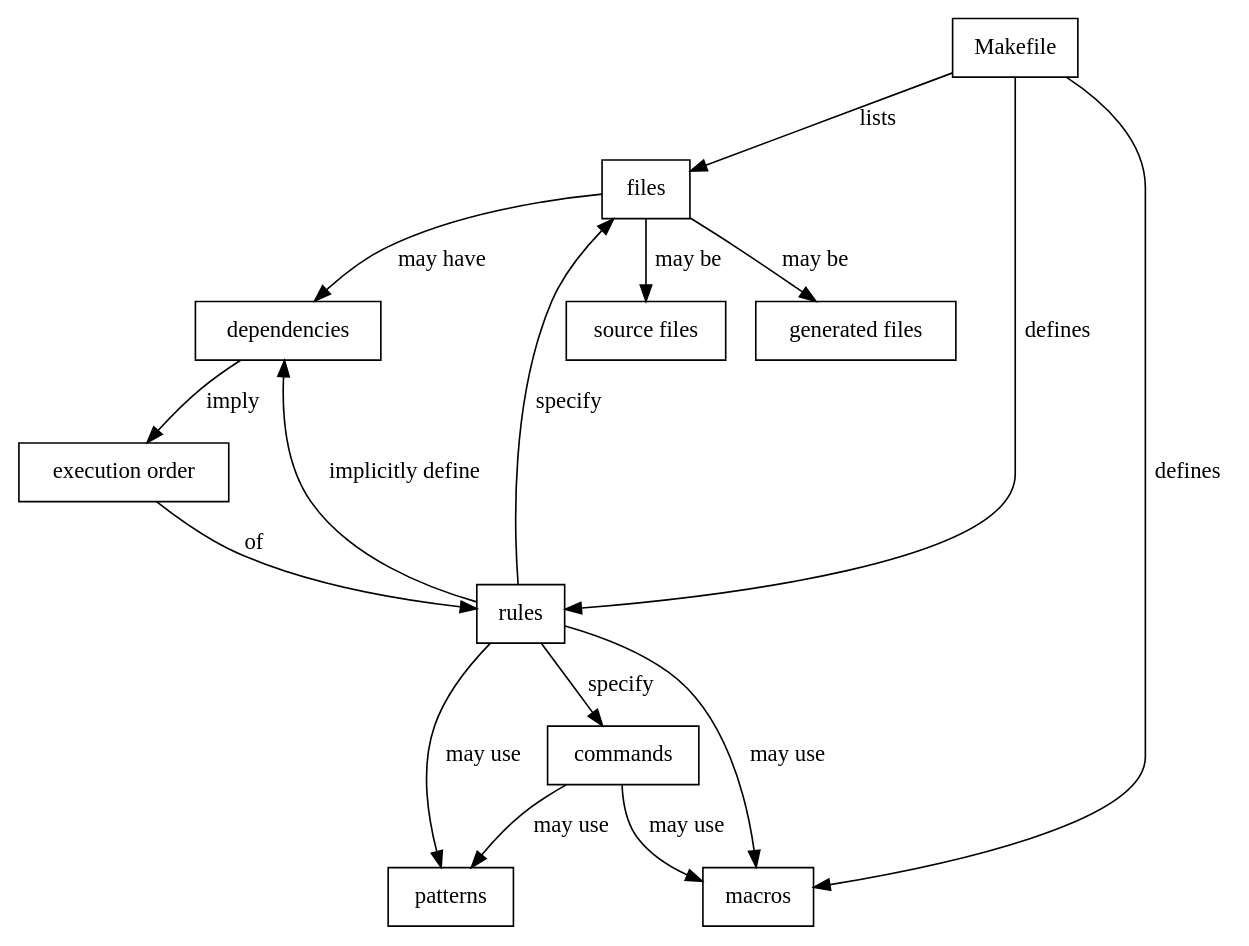
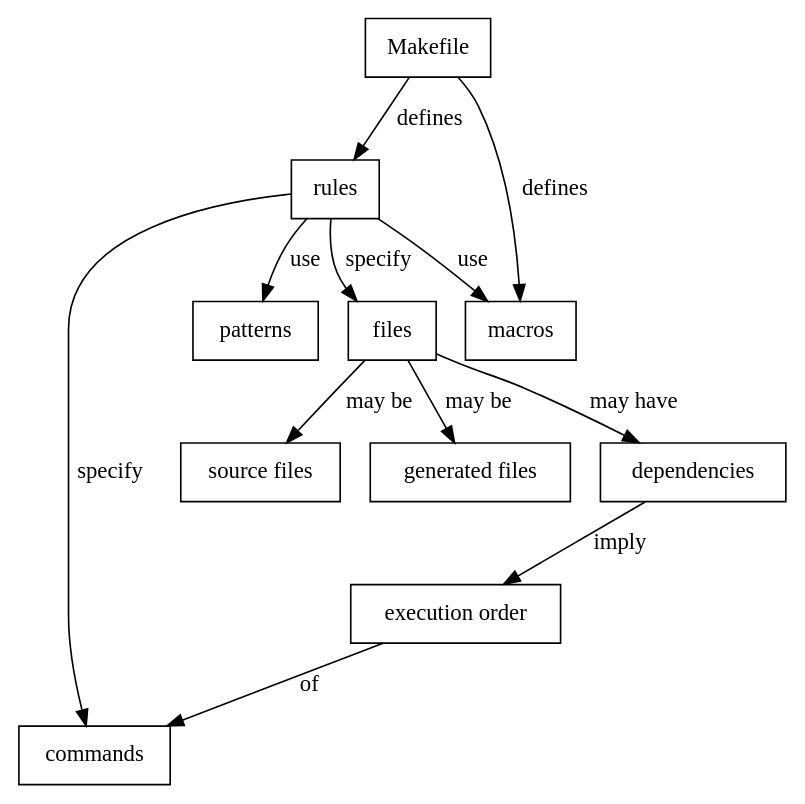
One commit to optionalg/courses-make-for-reproducible-analysis changed the diagram in design/concept.dot. Above: the diagram before and after it, drawn with Graphviz. The commit also changed 1 other file, not shown here.

```diff
--- a/design/concept.dot
+++ b/design/concept.dot
@@ -1,29 +1,25 @@
 digraph conda_concepts {
     node [shape = rectangle];
     Makefile
     files
     dependencies
     "execution order"
     "source files"
     "generated files"
     rules
     patterns
     macros
     commands
 
-    Makefile -> "files" [ label="lists" ]
     Makefile -> rules [ label="defines" ]
     Makefile -> macros [ label="defines" ]
+    rules -> files [ label="specify" ]
+    rules -> patterns [ label="use" ]
+    rules -> macros [ label="use" ]
+    rules -> commands [ label="specify" ]
     files -> "source files" [ label="may be" ]
     files -> "generated files" [ label="may be" ]
     files -> dependencies [ label="may have" ]
-    rules -> files [ label="specify" ]
-    rules -> patterns [ label="may use" ]
-    rules -> macros [ label="may use" ]
-    rules -> commands [ label="specify" ]
-    commands -> macros [ label="may use" ]
-    commands -> patterns [ label="may use" ]
     dependencies -> "execution order" [ label="imply" ]
-    "execution order" -> rules [ label="of" ]
-    rules -> dependencies [ label="implicitly define" ]
+    "execution order" -> commands [ label="of" ]
 }
```
